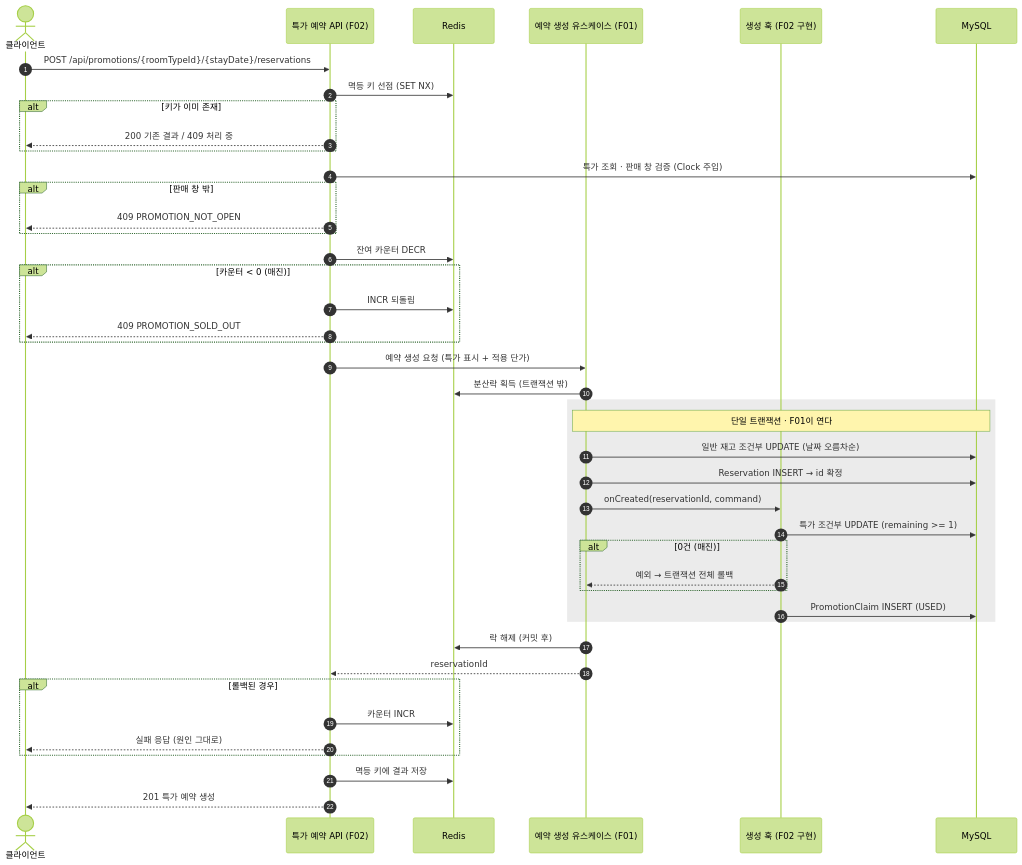
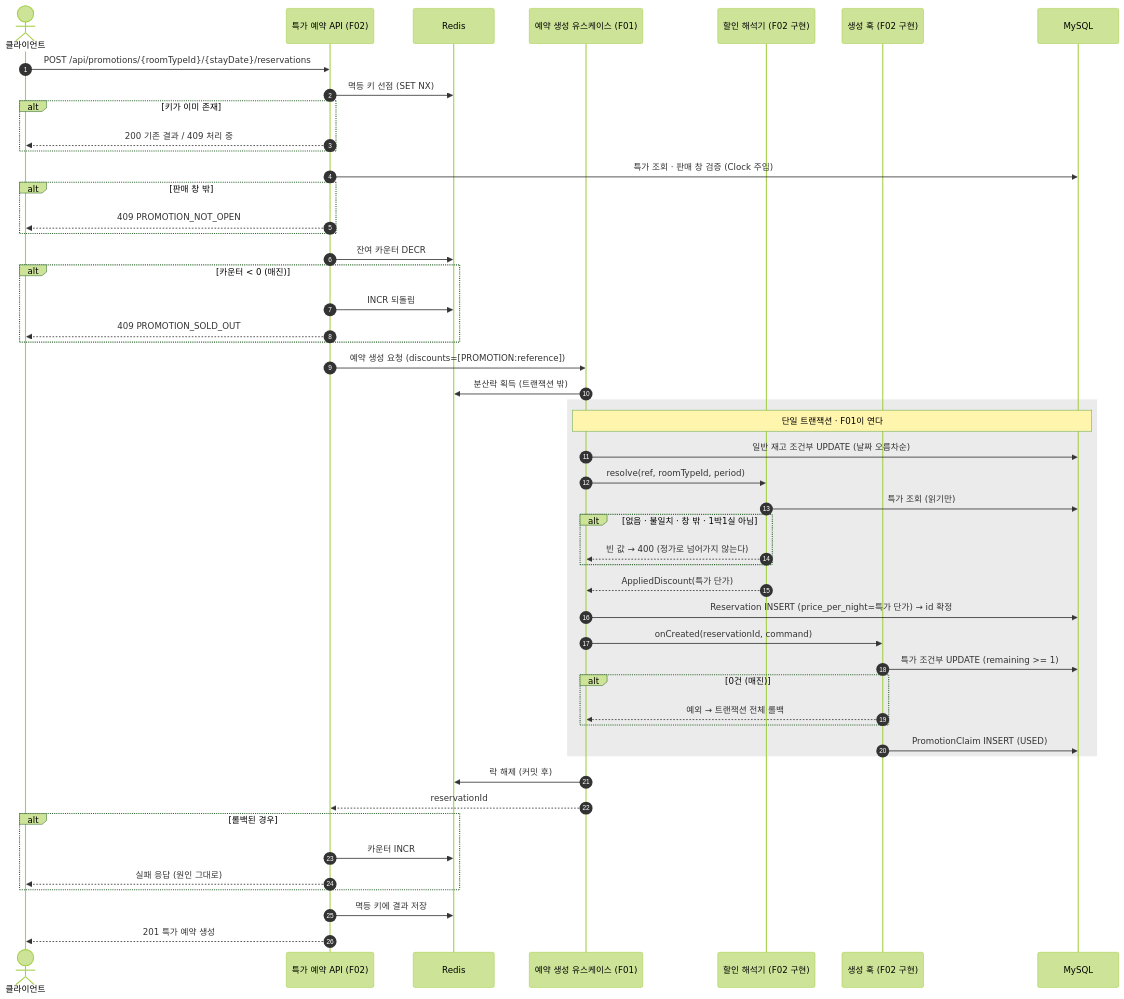
Before and after one commit to Diocto/pms: the fourth of 5 diagrams in docs/spec/F02-선착순-프로모션.md, drawn with Mermaid (forest theme). The commit also changed other lines of this file and 1 other file, not shown here.

First line of the commit message:
docs: F02에 F01 할인 해석기 계약 반영, V4 해소로 재확인 목록 비움

````diff
--- a/docs/spec/F02-선착순-프로모션.md
+++ b/docs/spec/F02-선착순-프로모션.md
@@ -340,46 +401,53 @@
 ```mermaid
 sequenceDiagram
     autonumber
     actor C as 클라이언트
     participant API as 특가 예약 API (F02)
     participant R as Redis
     participant F1 as 예약 생성 유스케이스 (F01)
+    participant RS as 할인 해석기 (F02 구현)
     participant H as 생성 훅 (F02 구현)
     participant DB as MySQL
 
     C->>API: POST /api/promotions/{roomTypeId}/{stayDate}/reservations
     API->>R: 멱등 키 선점 (SET NX)
     alt 키가 이미 존재
         API-->>C: 200 기존 결과 / 409 처리 중
     end
     API->>DB: 특가 조회 · 판매 창 검증 (Clock 주입)
     alt 판매 창 밖
         API-->>C: 409 PROMOTION_NOT_OPEN
     end
     API->>R: 잔여 카운터 DECR
     alt 카운터 < 0 (매진)
         API->>R: INCR 되돌림
         API-->>C: 409 PROMOTION_SOLD_OUT
     end
-    API->>F1: 예약 생성 요청 (특가 표시 + 적용 단가)
+    API->>F1: 예약 생성 요청 (discounts=[PROMOTION:reference])
     F1->>R: 분산락 획득 (트랜잭션 밖)
     rect rgb(235, 235, 235)
         note over F1,DB: 단일 트랜잭션 · F01이 연다
         F1->>DB: 일반 재고 조건부 UPDATE (날짜 오름차순)
-        F1->>DB: Reservation INSERT → id 확정
+        F1->>RS: resolve(ref, roomTypeId, period)
+        RS->>DB: 특가 조회 (읽기만)
+        alt 없음 · 불일치 · 창 밖 · 1박1실 아님
+            RS-->>F1: 빈 값 → 400 (정가로 넘어가지 않는다)
+        end
+        RS-->>F1: AppliedDiscount(특가 단가)
+        F1->>DB: Reservation INSERT (price_per_night=특가 단가) → id 확정
         F1->>H: onCreated(reservationId, command)
         H->>DB: 특가 조건부 UPDATE (remaining >= 1)
         alt 0건 (매진)
             H-->>F1: 예외 → 트랜잭션 전체 롤백
         end
         H->>DB: PromotionClaim INSERT (USED)
     end
     F1->>R: 락 해제 (커밋 후)
     F1-->>API: reservationId
     alt 롤백된 경우
         API->>R: 카운터 INCR
         API-->>C: 실패 응답 (원인 그대로)
     end
     API->>R: 멱등 키에 결과 저장
     API-->>C: 201 특가 예약 생성
 ```
````
